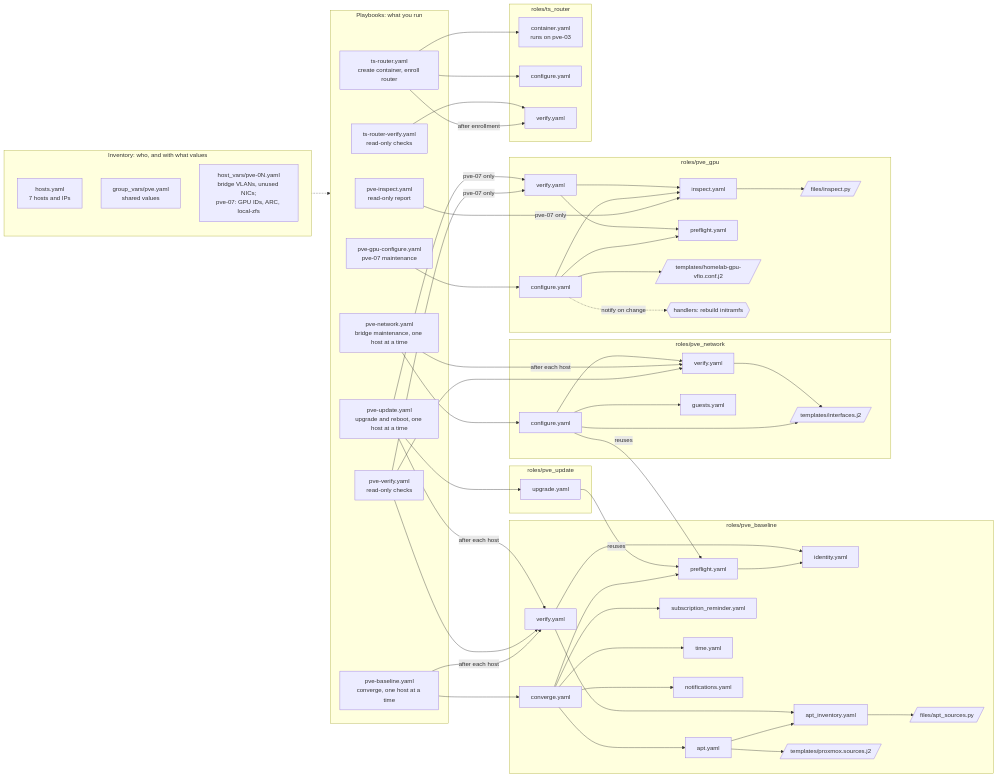
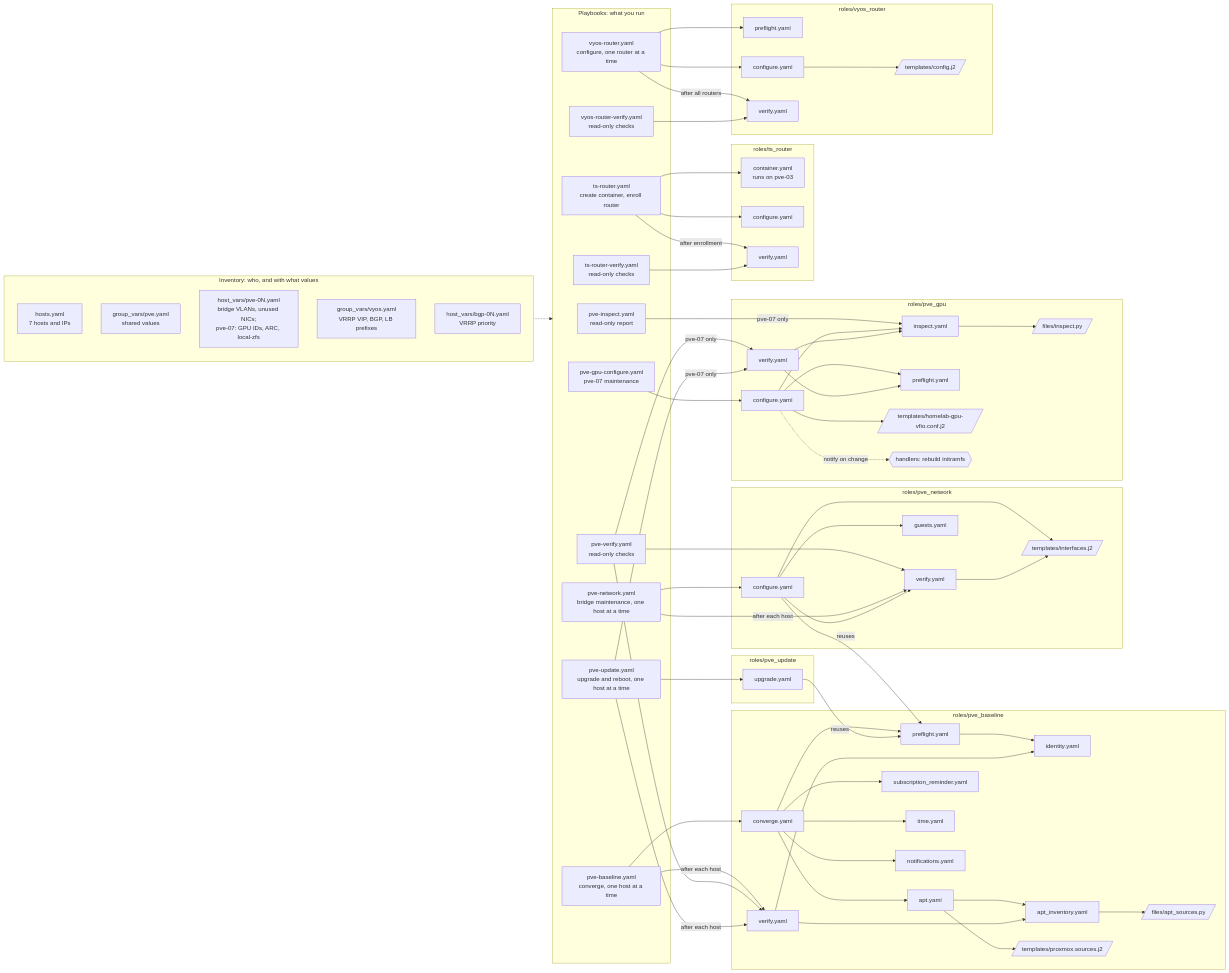
One commit to DaltonBuilds/homelab-infra changed the diagram in docs/ansible-structure.md. Above: the diagram before and after it, drawn with Mermaid. The commit also changed other lines of this file and 14 other files, not shown here.

First line of the commit message:
feat(ansible): manage VyOS VRRP and BGP routers (#5)

```diff
--- a/docs/ansible-structure.md
+++ b/docs/ansible-structure.md
@@ -8,6 +8,8 @@
     hosts["hosts.yaml<br/>7 hosts and IPs"]
     gv["group_vars/pve.yaml<br/>shared values"]
     hv["host_vars/pve-0N.yaml<br/>bridge VLANs, unused NICs;<br/>pve-07: GPU IDs, ARC, local-zfs"]
+    gvv["group_vars/vyos.yaml<br/>VRRP VIP, BGP, LB prefixes"]
+    hvv["host_vars/bgp-0N.yaml<br/>VRRP priority"]
   end
 
   subgraph pb["Playbooks: what you run"]
@@ -19,6 +21,8 @@
     gpucfg["pve-gpu-configure.yaml<br/>pve-07 maintenance"]
     tsr["ts-router.yaml<br/>create container, enroll router"]
     tsrver["ts-router-verify.yaml<br/>read-only checks"]
+    vyr["vyos-router.yaml<br/>configure, one router at a time"]
+    vyrver["vyos-router-verify.yaml<br/>read-only checks"]
   end
 
   subgraph rb["roles/pve_baseline"]
@@ -62,6 +66,13 @@
     tver["verify.yaml"]
   end
 
+  subgraph rv["roles/vyos_router"]
+    vpre["preflight.yaml"]
+    vconf["configure.yaml"]
+    vver["verify.yaml"]
+    vtpl[/"templates/config.j2"/]
+  end
+
   inv -.-> pb
 
   inspect -->|"pve-07 only"| ginsp
@@ -98,6 +109,11 @@
   tsr -->|"after enrollment"| tver
   tsrver --> tver
 
+  vyr --> vpre
+  vyr --> vconf --> vtpl
+  vyr -->|"after all routers"| vver
+  vyrver --> vver
+
   gconf --> ginsp --> gpy
   gconf --> gpre
   gconf --> gtpl
```
